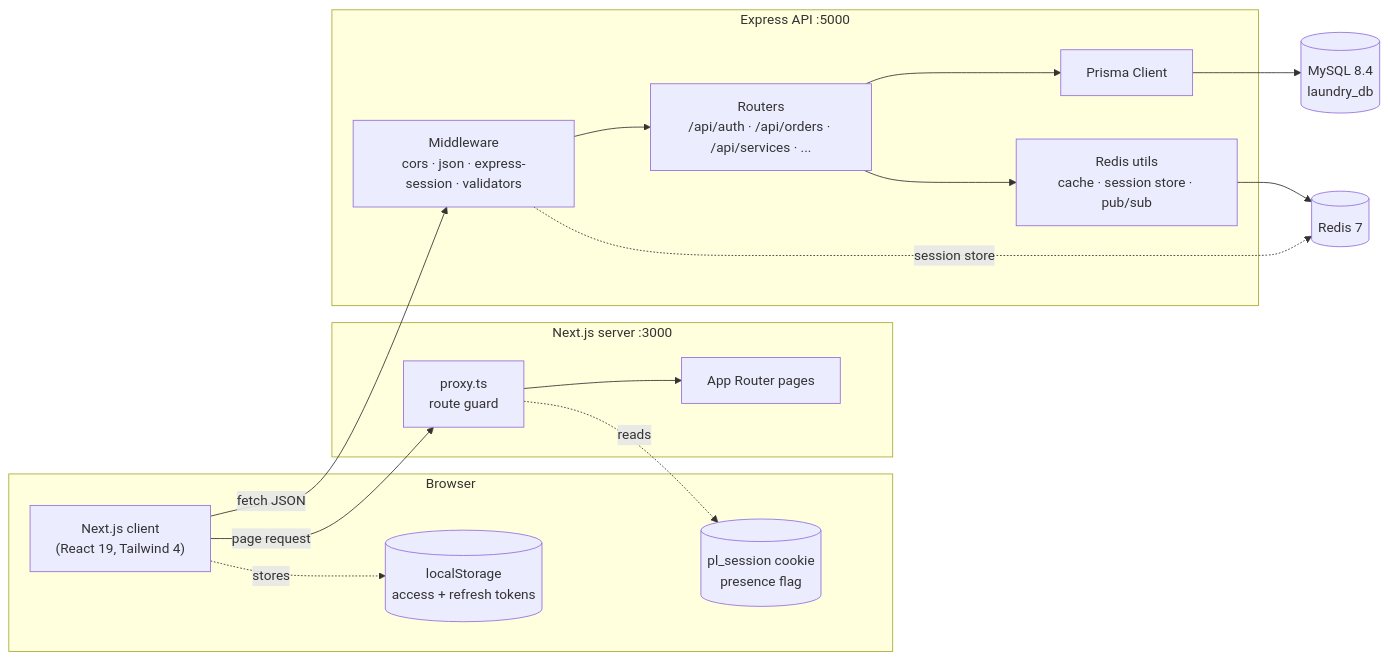
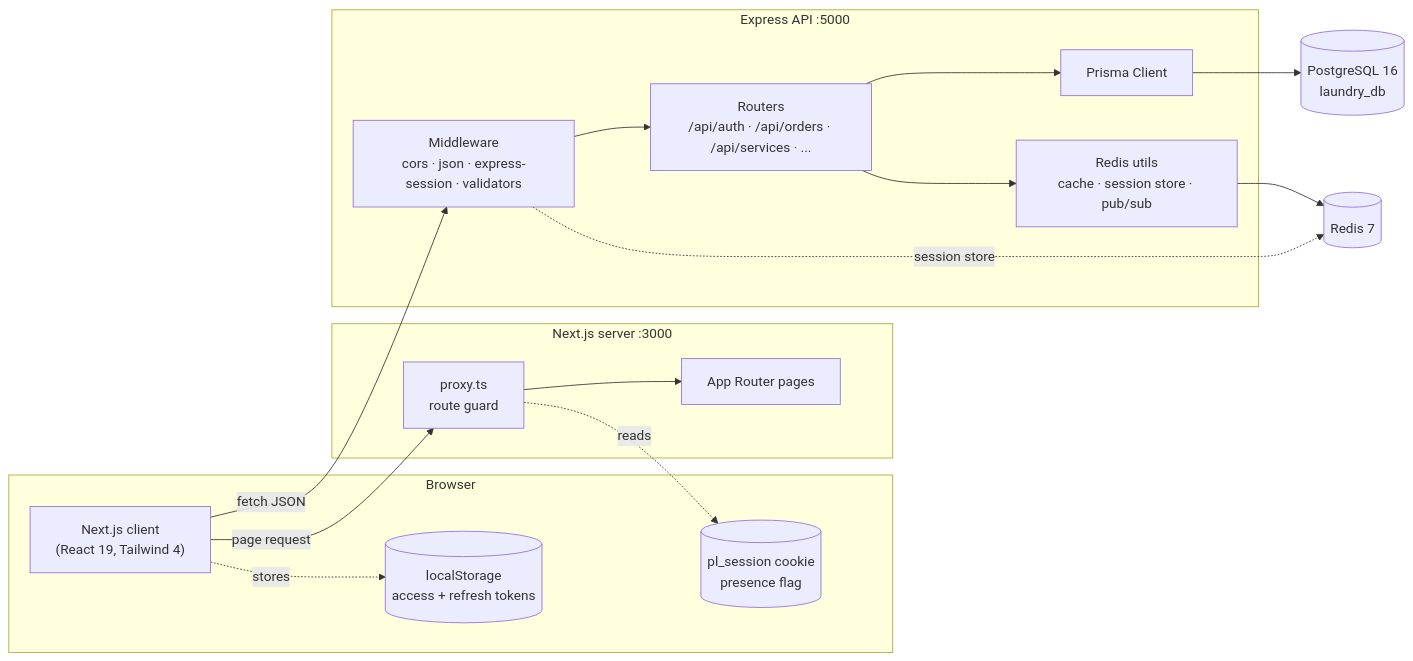
The first of 3 diagrams in README.md (Wambuiracheal/laundry-app), drawn with Mermaid before and after one commit. The commit also changed other lines of this file and 13 other files, not shown here.

First line of the commit message:
feat: migrate database from MySQL to PostgreSQL (Supabase) and update deployment instructions

````diff
--- a/README.md
+++ b/README.md
@@ -30,31 +30,31 @@
 ```mermaid
 flowchart LR
     subgraph Browser
         UI["Next.js client<br/>(React 19, Tailwind 4)"]
         LS[("localStorage<br/>access + refresh tokens")]
         CK[("pl_session cookie<br/>presence flag")]
     end
 
     subgraph "Next.js server :3000"
         PX["proxy.ts<br/>route guard"]
         SSR["App Router pages"]
     end
 
     subgraph "Express API :5000"
         MW["Middleware<br/>cors · json · express-session · validators"]
         RT["Routers<br/>/api/auth · /api/orders · /api/services · ..."]
         PR["Prisma Client"]
         RU["Redis utils<br/>cache · session store · pub/sub"]
     end
 
-    DB[("MySQL 8.4<br/>laundry_db")]
+    DB[("PostgreSQL 16<br/>laundry_db")]
     RD[("Redis 7")]
 
     UI -->|page request| PX --> SSR
     PX -.reads.-> CK
     UI -->|fetch JSON| MW --> RT
     UI -.stores.-> LS
     RT --> PR --> DB
     RT --> RU --> RD
     MW -.session store.-> RD
 ```
````
